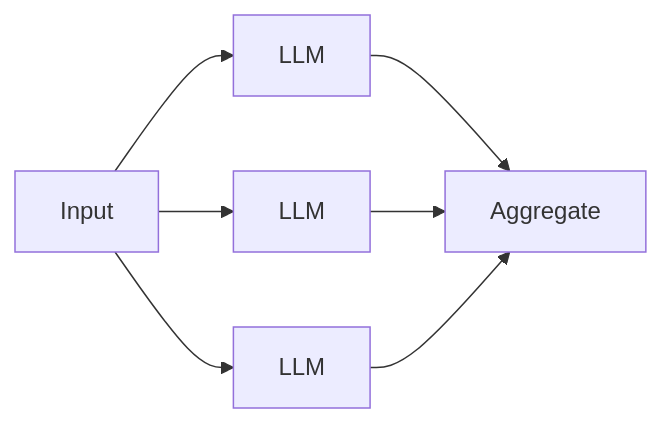
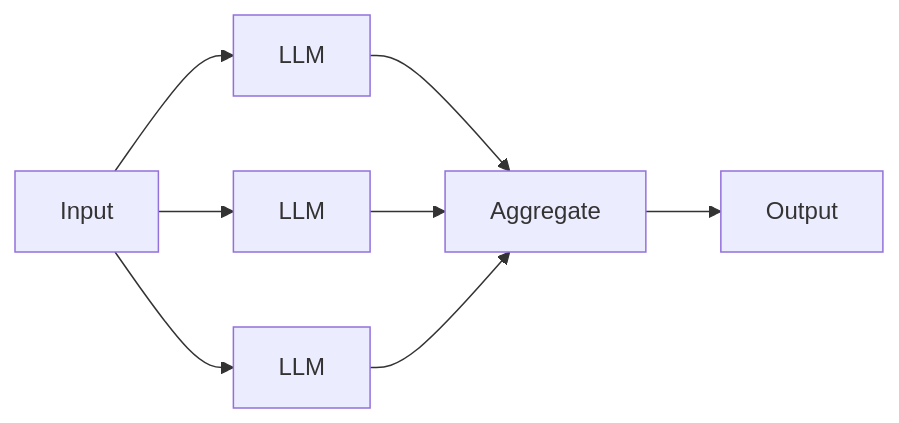
One commit to averagejoeslab/agenteng changed the fifth of 9 diagrams in README.md. Above: the diagram before and after it, drawn with Mermaid. The commit also changed other lines of this file, not shown here.

First line of the commit message:
docs(readme): give every pattern diagram explicit Input/Output nodes

````diff
--- a/README.md
+++ b/README.md
@@ -70,9 +74,10 @@
 ```mermaid
 flowchart LR
     In[Input] --> A[LLM]
     In --> B[LLM]
     In --> C[LLM]
     A --> Agg[Aggregate]
     B --> Agg
     C --> Agg
+    Agg --> Out[Output]
 ```
````
